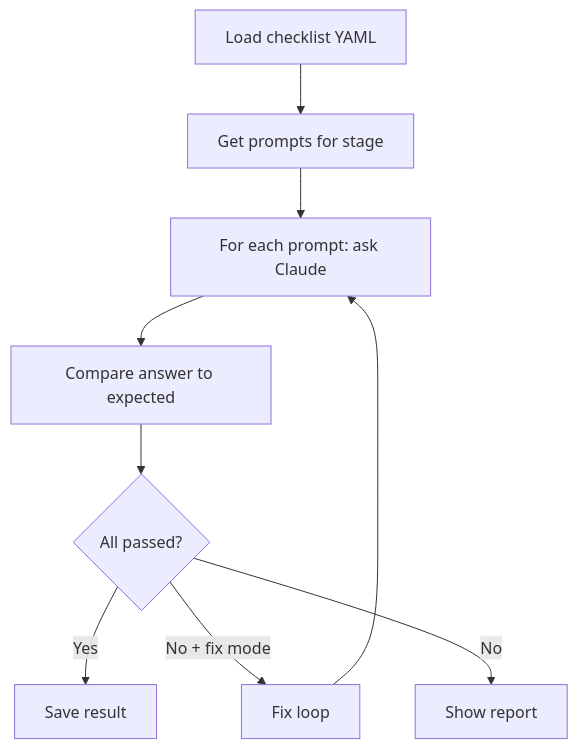
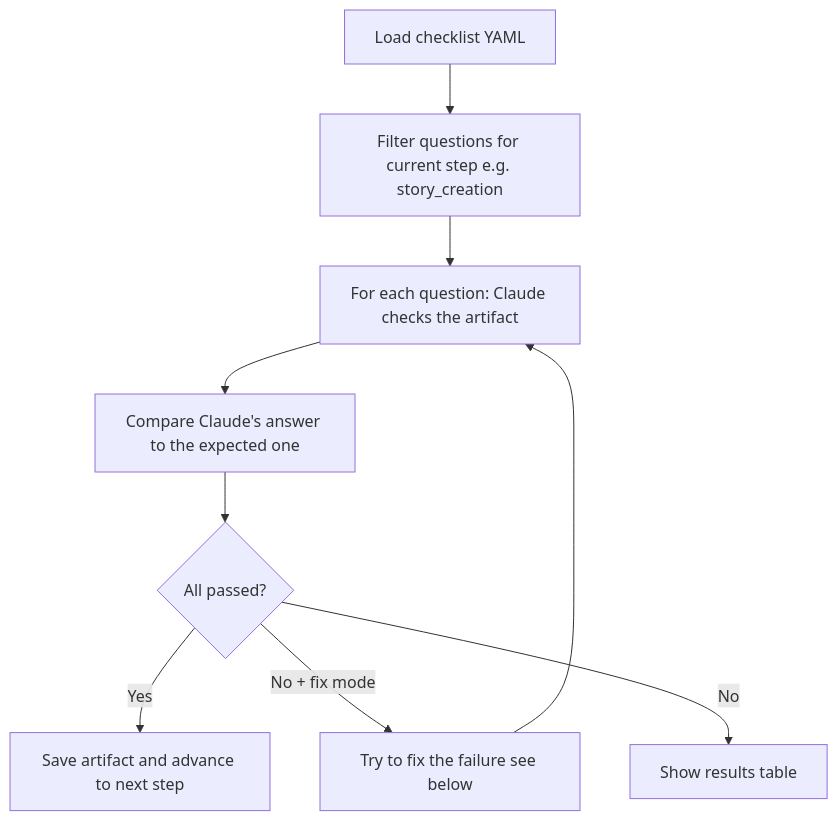
Before and after one commit to ondatra-ai/awesome-claude-mcp: the first of 2 diagrams in scripts/bmad-cli/checklist-validation.md, drawn with Mermaid. The commit also changed other lines of this file, not shown here.

First line of the commit message:
docs: clarify vague terms in checklist-validation diagrams and text

````diff
--- a/scripts/bmad-cli/checklist-validation.md
+++ b/scripts/bmad-cli/checklist-validation.md
@@ -47,11 +47,11 @@
 ```mermaid
 flowchart TD
-    A[Load checklist YAML] --> B[Get prompts for stage]
-    B --> C[For each prompt: ask Claude]
-    C --> D[Compare answer to expected]
+    A[Load checklist YAML] --> B[Filter questions for current step e.g. story_creation]
+    B --> C[For each question: Claude checks the artifact]
+    C --> D[Compare Claude's answer to the expected one]
     D --> E{All passed?}
-    E -->|Yes| F[Save result]
-    E -->|No + fix mode| G[Fix loop]
-    E -->|No| H[Show report]
+    E -->|Yes| F[Save artifact and advance to next step]
+    E -->|No + fix mode| G[Try to fix the failure see below]
+    E -->|No| H[Show results table]
     G --> C
 ```
````
